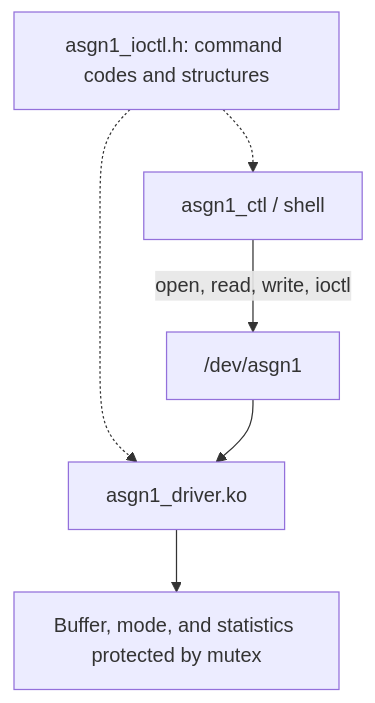
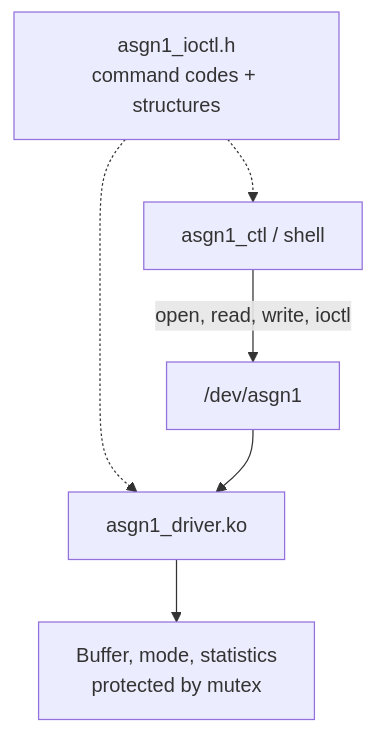
The diagram in Asgn1/README.md (Longlmao123/LOS201), drawn with Mermaid before and after one commit. The commit also changed other lines of this file and 1 other file, not shown here.

````diff
--- a/Asgn1/README.md
+++ b/Asgn1/README.md
@@ -43,8 +109,8 @@
 ```mermaid
 flowchart TD
     C["asgn1_ctl / shell"] -->|"open, read, write, ioctl"| D["/dev/asgn1"]
-    H["asgn1_ioctl.h: command codes and structures"] -.-> C
+    H["asgn1_ioctl.h<br/>command codes + structures"] -.-> C
     H -.-> K["asgn1_driver.ko"]
     D --> K
-    K --> S["Buffer, mode, and statistics protected by mutex"]
+    K --> S["Buffer, mode, statistics<br/>protected by mutex"]
 ```
````
